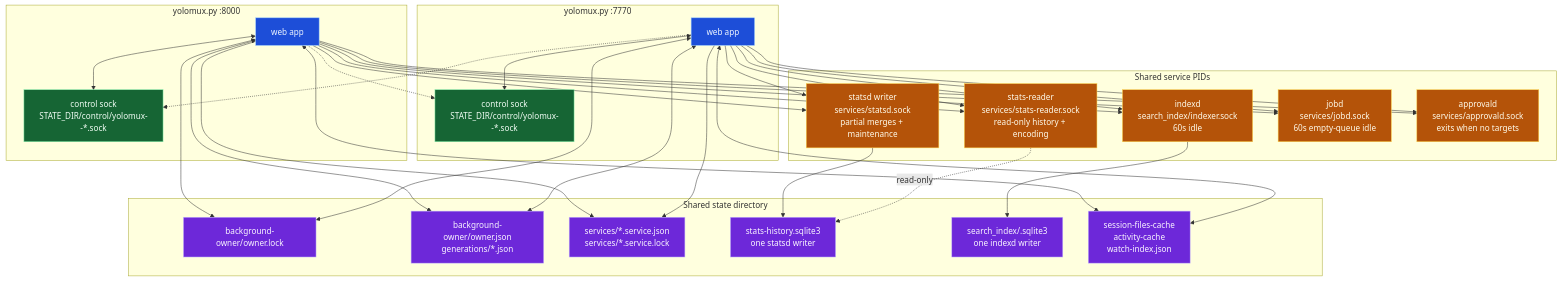
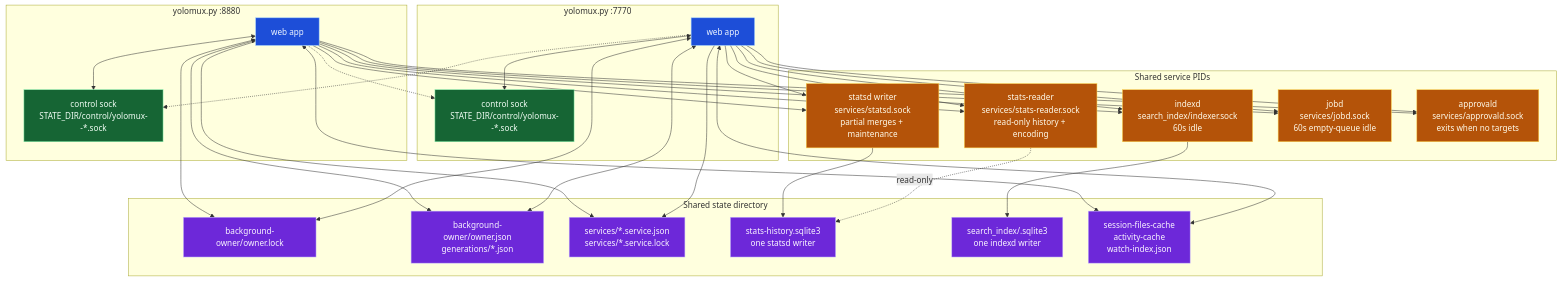
Before and after one commit to keivenchang/yolomux: the third of 3 diagrams in README.md, drawn with Mermaid. The commit also changed other lines of this file and 2 other files, not shown here.

Commit message:
Document macOS YOLOmux 888x ports

````diff
--- a/README.md
+++ b/README.md
@@ -158,62 +158,62 @@
 ```mermaid
 flowchart TB
-  subgraph p1["yolomux.py :8000"]
+  subgraph p1["yolomux.py :8880"]
     app1["web app"]
     sock1["control sock\nSTATE_DIR/control/yolomux-<pid>-*.sock"]
   end
   subgraph p2["yolomux.py :7770"]
     app2["web app"]
     sock2["control sock\nSTATE_DIR/control/yolomux-<pid>-*.sock"]
   end
 
   subgraph state["Shared state directory"]
     ownerlock["background-owner/owner.lock"]
     ownerjson["background-owner/owner.json\ngenerations/*.json"]
     records["services/*.service.json\nservices/*.service.lock"]
     statsdb["stats-history.sqlite3\none statsd writer"]
     indexes["search_index/<digest>.sqlite3\none indexd writer"]
     caches["session-files-cache\nactivity-cache\nwatch-index.json"]
   end
   subgraph svc["Shared service PIDs"]
     statsd2["statsd writer\nservices/statsd.sock\npartial merges + maintenance"]
     statsreader2["stats-reader\nservices/stats-reader.sock\nread-only history + encoding"]
     indexer["indexd\nsearch_index/indexer.sock\n60s idle"]
     jobd2["jobd\nservices/jobd.sock\n60s empty-queue idle"]
     approvald2["approvald\nservices/approvald.sock\nexits when no targets"]
   end
 
   app1 <--> sock1
   app2 <--> sock2
   app2 -.-> sock1
   app1 -.-> sock2
   app1 <--> ownerlock
   app1 <--> ownerjson
   app2 <--> ownerlock
   app2 <--> ownerjson
   app1 --> records
   app2 --> records
   app1 --> statsd2
   app2 --> statsd2
   app1 --> statsreader2
   app2 --> statsreader2
   app1 --> indexer
   app2 --> indexer
   app1 --> jobd2
   app2 --> jobd2
   app1 --> approvald2
   app2 --> approvald2
   statsd2 --> statsdb
   statsreader2 -. read-only .-> statsdb
   indexer --> indexes
   app1 <--> caches
   app2 <--> caches
 
   classDef process fill:#1d4ed8,stroke:#93c5fd,color:#eff6ff
   classDef socket fill:#166534,stroke:#86efac,color:#f0fdf4
   classDef durable fill:#6d28d9,stroke:#c4b5fd,color:#faf5ff
   classDef localChild fill:#b45309,stroke:#fcd34d,color:#fffbeb
   class app1,app2 process
   class sock1,sock2 socket
   class ownerlock,ownerjson,records,statsdb,indexes,caches durable
   class statsd2,statsreader2,indexer,jobd2,approvald2 localChild
 ```
````
